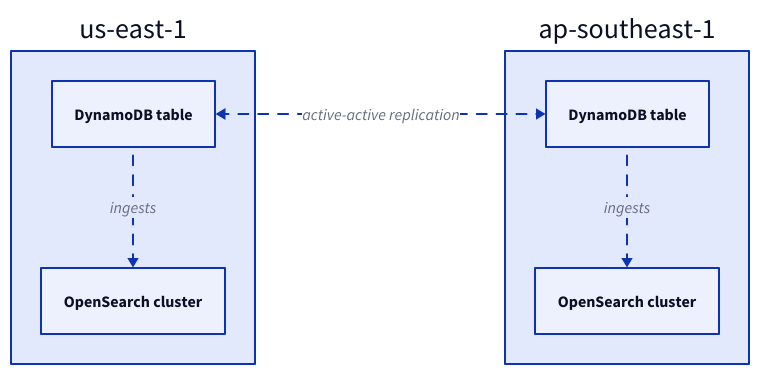
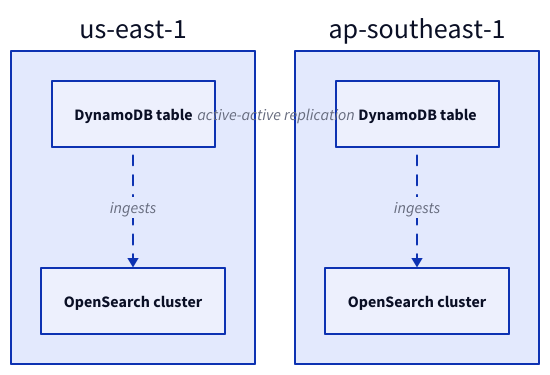
Diagram 14 of 16 in content/practices/booking-system/_index.md (link1905/system-design-101), drawn with D2 before and after one commit. The commit also changed other lines of this file and 42 other files, not shown here.

````diff
--- a/content/practices/booking-system/_index.md
+++ b/content/practices/booking-system/_index.md
@@ -494,29 +498,28 @@
 ```d2
 grid-rows: 1
-horizontal-gap: 250
 u: us-east-1 {
   t: DynamoDB table {
     class: aws-dynamodb
   }
   s: OpenSearch cluster {
     class: aws-open-search
   }
   s <- t: ingests {
     style.animated: true
   }
 }
 a: ap-southeast-1 {
   t: DynamoDB table {
     class: aws-dynamodb
   }
   s: OpenSearch cluster {
     class: aws-open-search
   }
   s <- t: ingests {
     style.animated: true
   }
 }
 u.t <-> a.t: active-active replication {
   style.animated: true
 }
 ```
````
